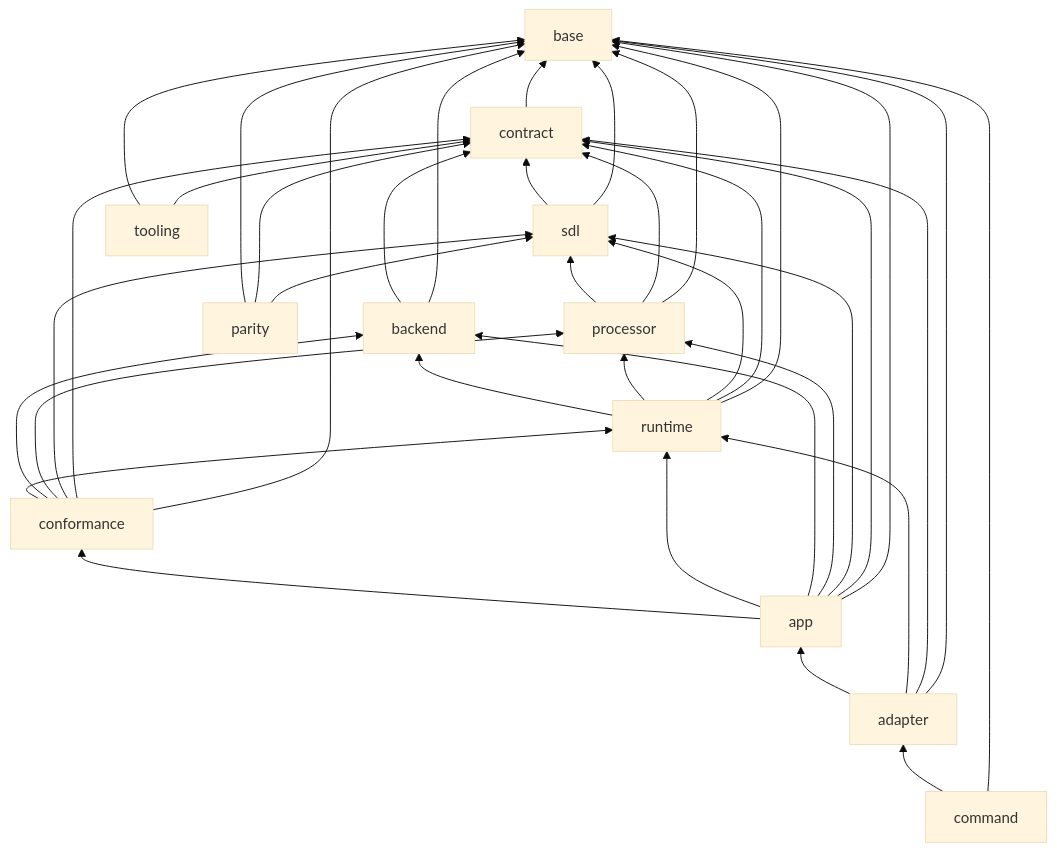
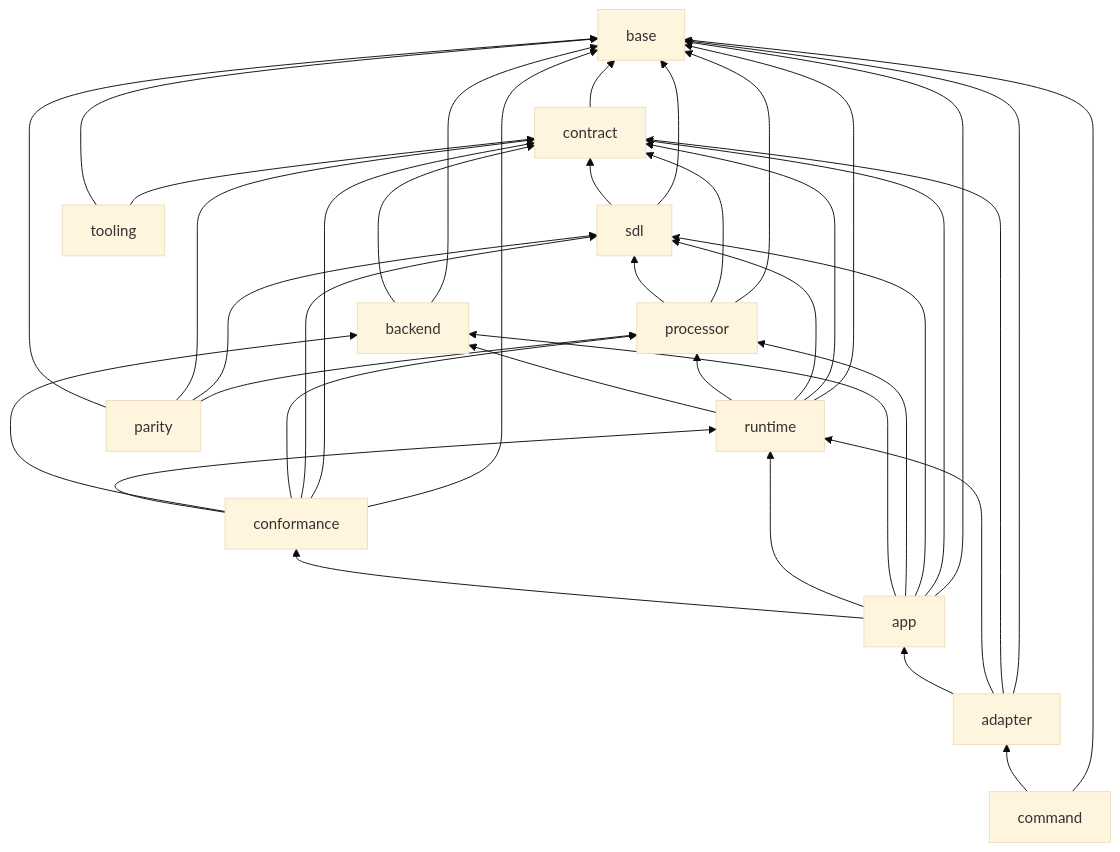
The third of 3 diagrams in docs/develop/go-architecture.md (OpenRAE/rae), drawn with Mermaid (base theme) before and after one commit. The commit also changed other lines of this file and 483 other files, not shown here.

````diff
--- a/docs/develop/go-architecture.md
+++ b/docs/develop/go-architecture.md
@@ -220,52 +229,53 @@
 ```mermaid
 flowchart BT
     L0["base"]
     L1["contract"]
     L1 --> L0
     L2["sdl"]
     L2 --> L1
     L2 --> L0
     L3["processor"]
     L3 --> L2
     L3 --> L1
     L3 --> L0
     L4["backend"]
     L4 --> L1
     L4 --> L0
     L5["runtime"]
     L5 --> L4
     L5 --> L3
     L5 --> L2
     L5 --> L1
     L5 --> L0
     L6["conformance"]
     L6 --> L5
     L6 --> L4
     L6 --> L3
     L6 --> L2
     L6 --> L1
     L6 --> L0
     L7["app"]
     L7 --> L6
     L7 --> L5
     L7 --> L4
     L7 --> L3
     L7 --> L2
     L7 --> L1
     L7 --> L0
     L8["adapter"]
     L8 --> L7
     L8 --> L5
     L8 --> L1
     L8 --> L0
     L9["command"]
     L9 --> L8
     L9 --> L0
     L10["parity"]
     L10 --> L0
     L10 --> L1
     L10 --> L2
+    L10 --> L3
     L11["tooling"]
     L11 --> L0
     L11 --> L1
 ```
````
